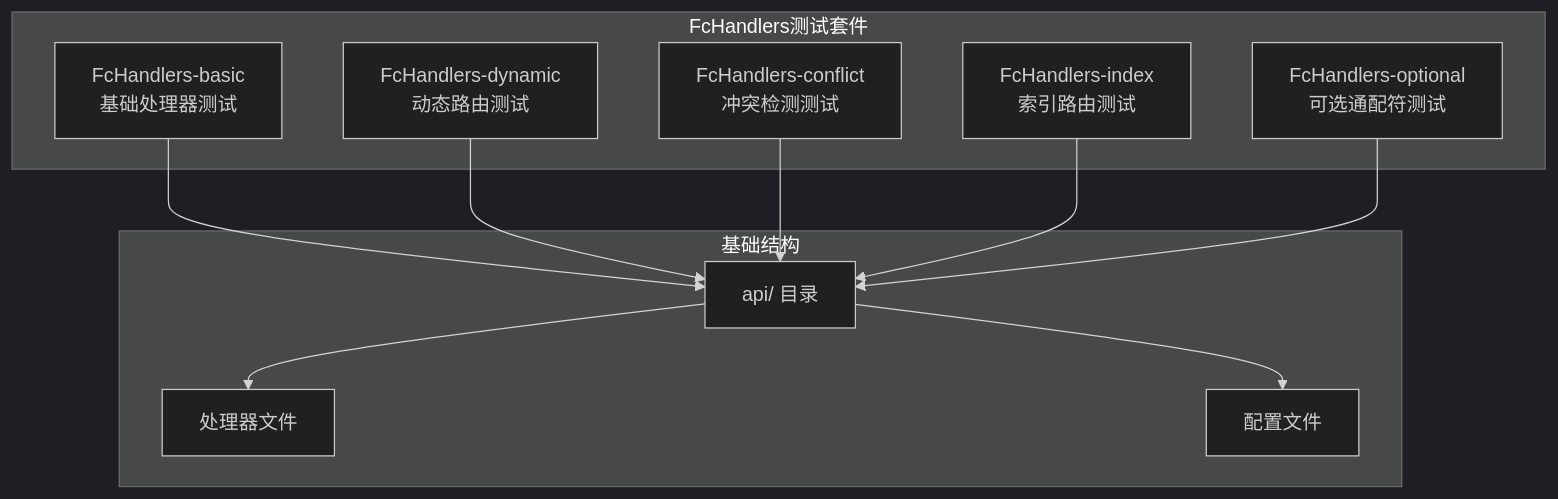
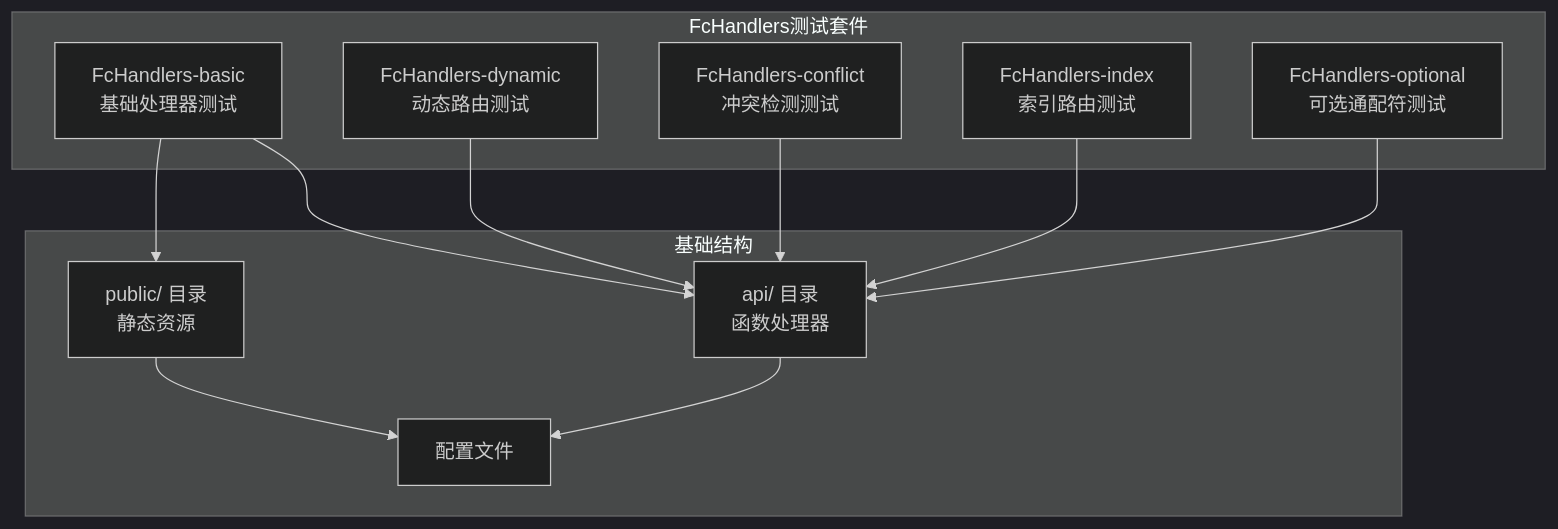
One commit to esa-sp/test-for-aone-ci changed the first of 15 diagrams in .qoder/repowiki/zh/content/后端框架测试/无服务器函数处理器测试.md. Above: the diagram before and after it, drawn with Mermaid (dark theme). The commit also changed other lines of this file and 38 other files, not shown here.

````diff
--- a/.qoder/repowiki/zh/content/后端框架测试/无服务器函数处理器测试.md
+++ b/.qoder/repowiki/zh/content/后端框架测试/无服务器函数处理器测试.md
@@ -49,22 +61,23 @@
 ```mermaid
 graph TB
 subgraph "FcHandlers测试套件"
 Basic["FcHandlers-basic<br/>基础处理器测试"]
 Dynamic["FcHandlers-dynamic<br/>动态路由测试"]
 Conflict["FcHandlers-conflict<br/>冲突检测测试"]
 Index["FcHandlers-index<br/>索引路由测试"]
 Optional["FcHandlers-optional<br/>可选通配符测试"]
 end
 subgraph "基础结构"
-API["api/ 目录"]
-Handlers["处理器文件"]
+API["api/ 目录<br/>函数处理器"]
+Public["public/ 目录<br/>静态资源"]
 Config["配置文件"]
 end
 Basic --> API
+Basic --> Public
 Dynamic --> API
 Conflict --> API
 Index --> API
 Optional --> API
-API --> Handlers
 API --> Config
+Public --> Config
 ```
````
